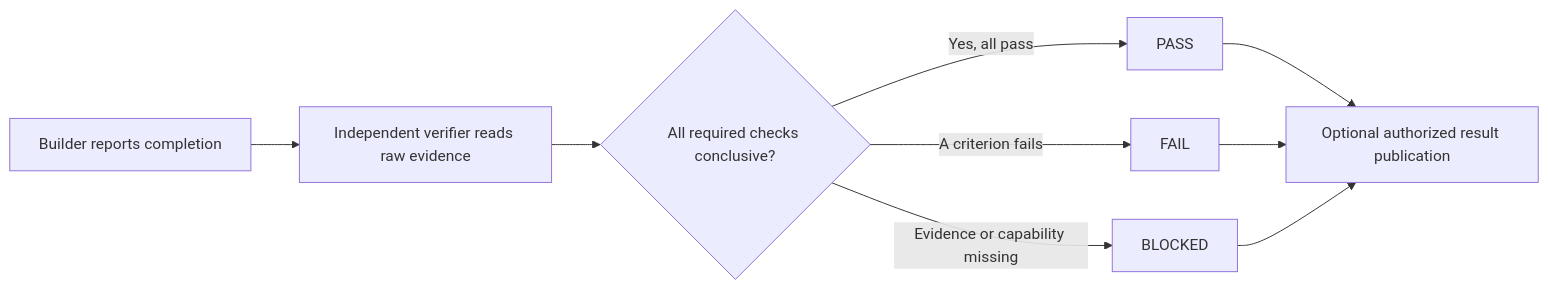
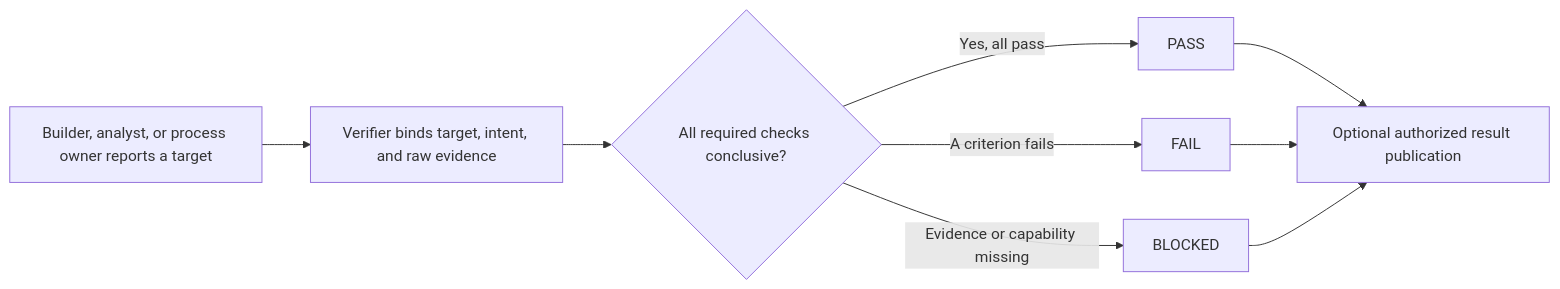
One commit to jtcchan/workboard-qa-agent changed the diagram in README.md. Above: the diagram before and after it, drawn with Mermaid. The commit also changed other lines of this file and 6 other files, not shown here.

````diff
--- a/README.md
+++ b/README.md
@@ -11,11 +12,11 @@
 ```mermaid
 flowchart LR
-    A["Builder reports completion"] --> B["Independent verifier reads raw evidence"]
+    A["Builder, analyst, or process owner reports a target"] --> B["Verifier binds target, intent, and raw evidence"]
     B --> C{"All required checks conclusive?"}
     C -->|"Yes, all pass"| D["PASS"]
     C -->|"A criterion fails"| E["FAIL"]
     C -->|"Evidence or capability missing"| F["BLOCKED"]
     D --> G["Optional authorized result publication"]
     E --> G
     F --> G
 ```
````
